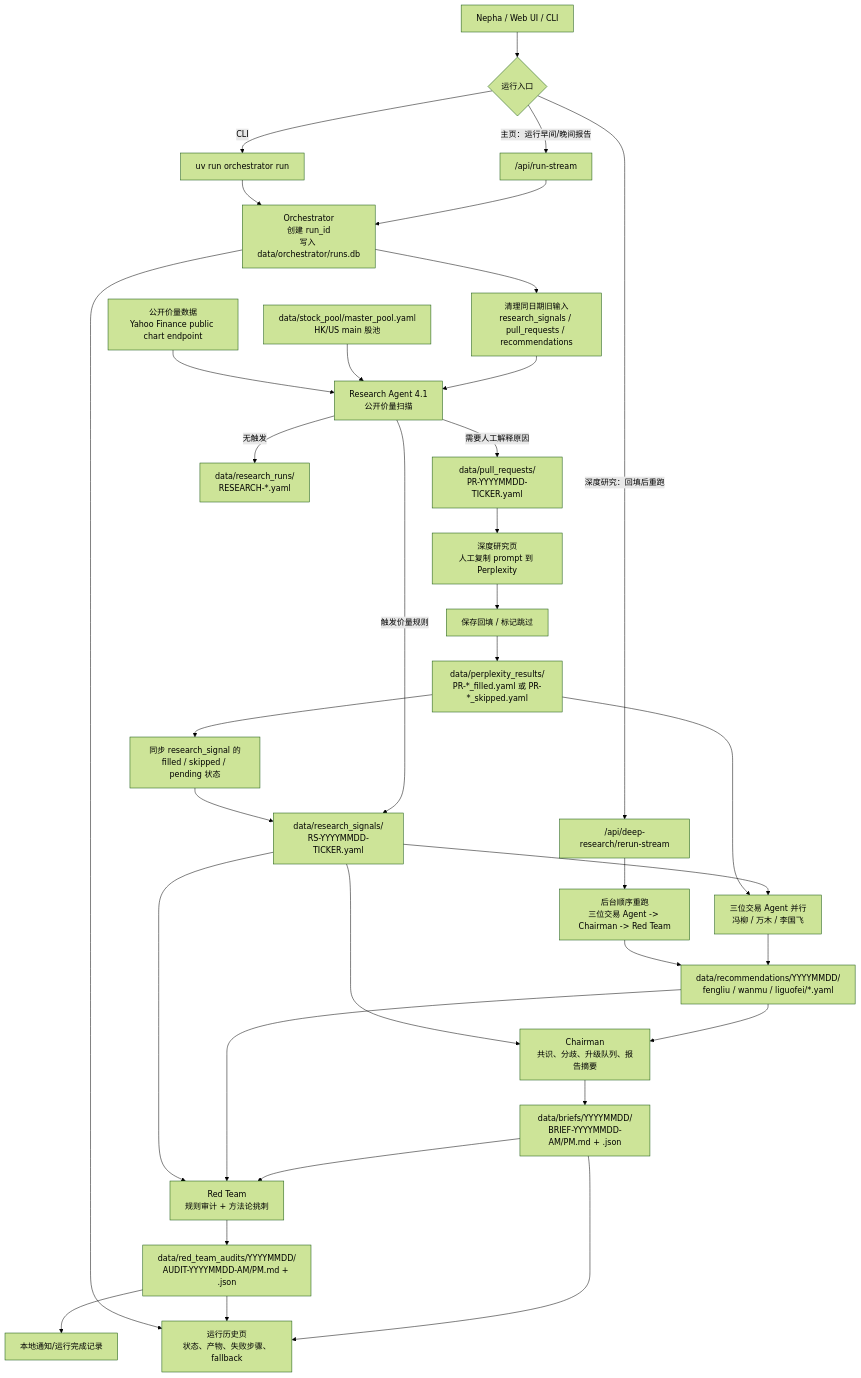
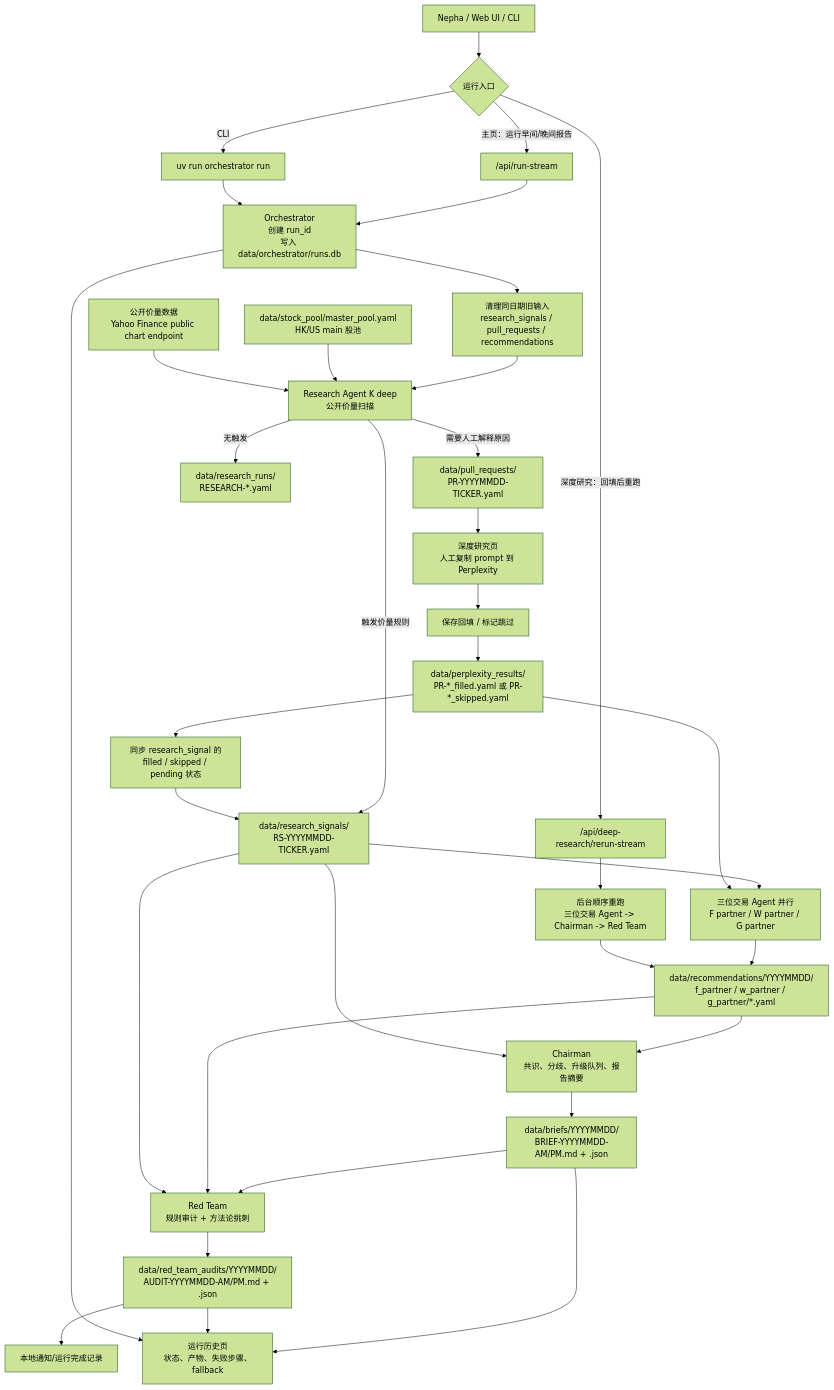
The first of 7 diagrams in SYSTEM_FLOW.md (amanayayatu-tech/ksana), drawn with Mermaid (forest theme) before and after one commit. The commit also changed other lines of this file and 85 other files, not shown here.

````diff
--- a/SYSTEM_FLOW.md
+++ b/SYSTEM_FLOW.md
@@ -7,48 +7,48 @@
 ```mermaid
 flowchart TD
     User["Nepha / Web UI / CLI"] --> Entry{"运行入口"}
 
     Entry -->|"主页：运行早间/晚间报告"| WebRun["/api/run-stream"]
     Entry -->|"CLI"| CliRun["uv run orchestrator run"]
     Entry -->|"深度研究：回填后重跑"| DeepRun["/api/deep-research/rerun-stream"]
 
     WebRun --> Orchestrator["Orchestrator\n创建 run_id\n写入 data/orchestrator/runs.db"]
     CliRun --> Orchestrator
 
     Orchestrator --> Clean["清理同日期旧输入\nresearch_signals / pull_requests / recommendations"]
-    Clean --> Research["Research Agent 4.1\n公开价量扫描"]
+    Clean --> Research["Research Agent K deep\n公开价量扫描"]
 
     StockPool["data/stock_pool/master_pool.yaml\nHK/US main 股池"] --> Research
     MarketData["公开价量数据\nYahoo Finance public chart endpoint"] --> Research
 
     Research -->|"触发价量规则"| Signals["data/research_signals/\nRS-YYYYMMDD-TICKER.yaml"]
     Research -->|"需要人工解释原因"| Prompts["data/pull_requests/\nPR-YYYYMMDD-TICKER.yaml"]
     Research -->|"无触发"| ResearchSummary["data/research_runs/\nRESEARCH-*.yaml"]
 
-    Signals --> TradingParallel["三位交易 Agent 并行\n冯柳 / 万木 / 李国飞"]
+    Signals --> TradingParallel["三位交易 Agent 并行\nF partner / W partner / G partner"]
     Prompts --> PerplexityUI["深度研究页\n人工复制 prompt 到 Perplexity"]
     PerplexityUI --> Fill["保存回填 / 标记跳过"]
     Fill --> Results["data/perplexity_results/\nPR-*_filled.yaml 或 PR-*_skipped.yaml"]
     Results --> SyncSignal["同步 research_signal 的\nfilled / skipped / pending 状态"]
     SyncSignal --> Signals
 
     Results --> TradingParallel
-    TradingParallel --> Recs["data/recommendations/YYYYMMDD/\nfengliu / wanmu / liguofei/*.yaml"]
+    TradingParallel --> Recs["data/recommendations/YYYYMMDD/\nf_partner / w_partner / g_partner/*.yaml"]
 
     Recs --> Chairman["Chairman\n共识、分歧、升级队列、报告摘要"]
     Signals --> Chairman
     Chairman --> Brief["data/briefs/YYYYMMDD/\nBRIEF-YYYYMMDD-AM/PM.md + .json"]
 
     Brief --> RedTeam["Red Team\n规则审计 + 方法论挑刺"]
     Recs --> RedTeam
     Signals --> RedTeam
     RedTeam --> Audit["data/red_team_audits/YYYYMMDD/\nAUDIT-YYYYMMDD-AM/PM.md + .json"]
 
     Audit --> Notify["本地通知/运行完成记录"]
     Brief --> History["运行历史页\n状态、产物、失败步骤、fallback"]
     Audit --> History
     Orchestrator --> History
 
     DeepRun --> DeepSeq["后台顺序重跑\n三位交易 Agent -> Chairman -> Red Team"]
     DeepSeq --> Recs
 ```
````
